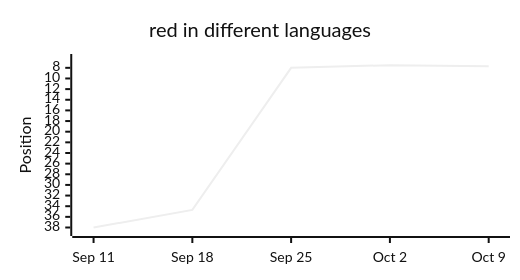
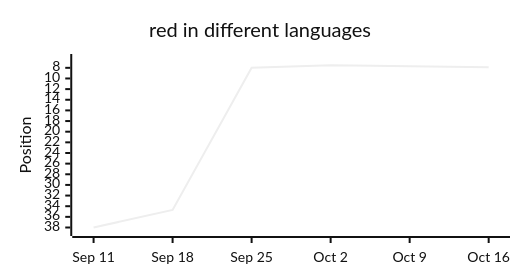
One commit to langx/website changed the tenth of 13 diagrams in latest.md. Above: the diagram before and after it, drawn with Mermaid (neutral theme). The commit also changed other lines of this file and 2 other files, not shown here.

````diff
--- a/latest.md
+++ b/latest.md
@@ -154,13 +154,13 @@
 ```mermaid
 ---
 config:
   xyChart:
     width: 500
     height: 260
 ---
 xychart-beta
   title "red in different languages"
-  x-axis ["Sep 11", "Sep 18", "Sep 25", "Oct 2", "Oct 9"]
+  x-axis ["Sep 11", "Sep 18", "Sep 25", "Oct 2", "Oct 9", "Oct 16"]
   y-axis "Position" 38 --> 7
-  line [38, 34.7, 8, 7.5, 7.7]
+  line [38, 34.7, 8, 7.5, 7.7, 7.9]
 ```
````
